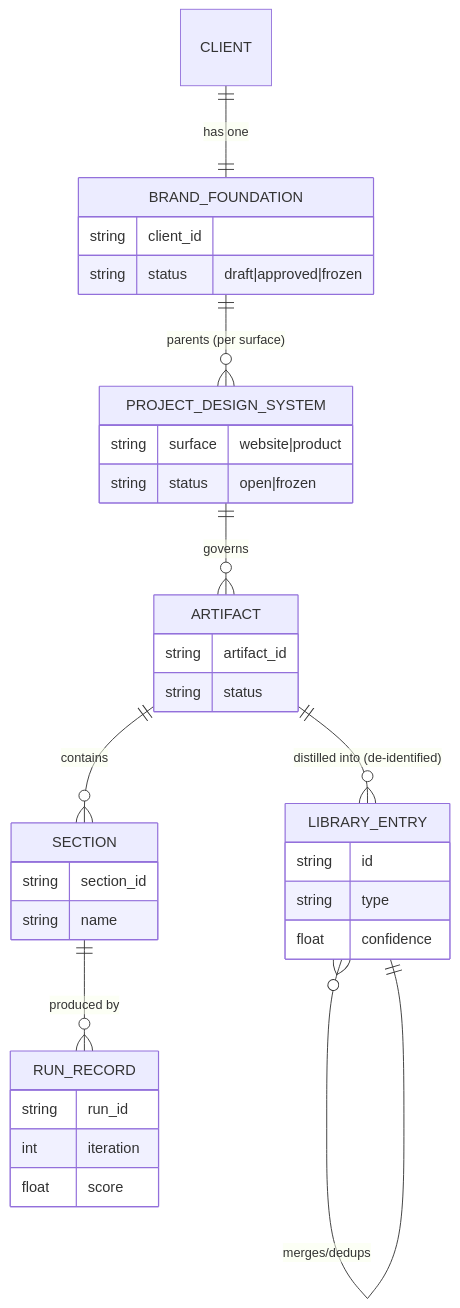
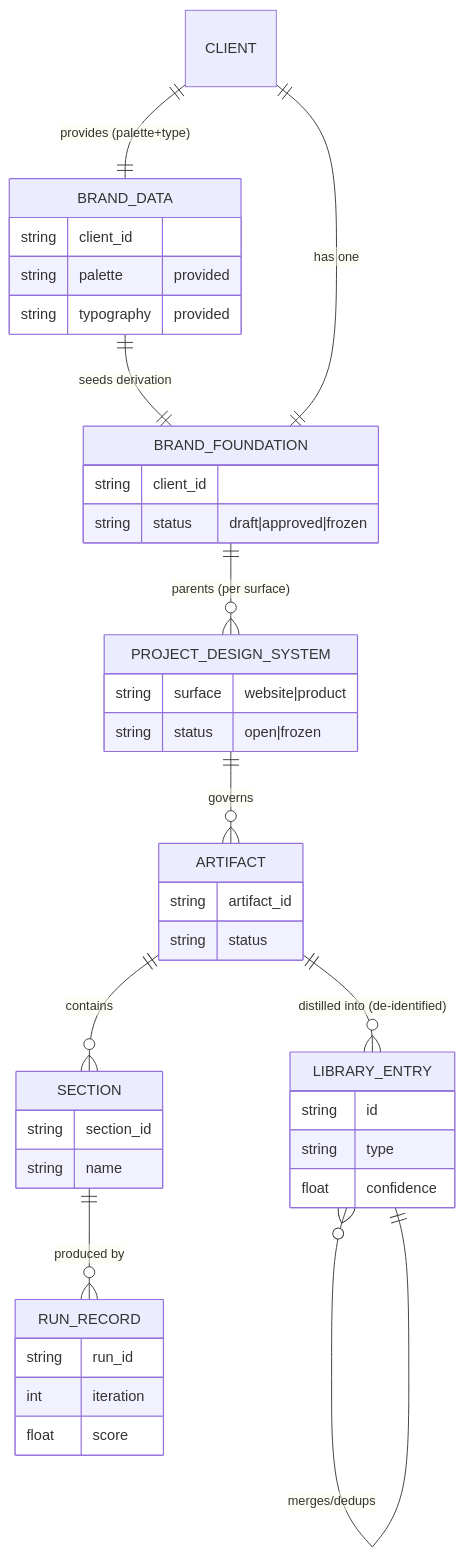
One commit to dev8xofficial/TroopHunter changed the first of 2 diagrams in autonomous-design-engine/spec/03-data-model.md. Above: the diagram before and after it, drawn with Mermaid. The commit also changed other lines of this file and 82 other files, not shown here.

````diff
--- a/autonomous-design-engine/spec/03-data-model.md
+++ b/autonomous-design-engine/spec/03-data-model.md
@@ -9,37 +9,44 @@
 ```mermaid
 erDiagram
+    CLIENT ||--|| BRAND_DATA : "provides (palette+type)"
+    BRAND_DATA ||--|| BRAND_FOUNDATION : "seeds derivation"
     CLIENT ||--|| BRAND_FOUNDATION : "has one"
     BRAND_FOUNDATION ||--o{ PROJECT_DESIGN_SYSTEM : "parents (per surface)"
     PROJECT_DESIGN_SYSTEM ||--o{ ARTIFACT : "governs"
     ARTIFACT ||--o{ SECTION : "contains"
     SECTION ||--o{ RUN_RECORD : "produced by"
     ARTIFACT ||--o{ LIBRARY_ENTRY : "distilled into (de-identified)"
     LIBRARY_ENTRY }o--|| LIBRARY_ENTRY : "merges/dedups"
 
+    BRAND_DATA {
+        string client_id
+        string palette "provided"
+        string typography "provided"
+    }
     BRAND_FOUNDATION {
         string client_id
         string status "draft|approved|frozen"
     }
     PROJECT_DESIGN_SYSTEM {
         string surface "website|product"
         string status "open|frozen"
     }
     ARTIFACT {
         string artifact_id
         string status
     }
     SECTION {
         string section_id
         string name
     }
     LIBRARY_ENTRY {
         string id
         string type
         float confidence
     }
     RUN_RECORD {
         string run_id
         int iteration
         float score
     }
 ```
````
